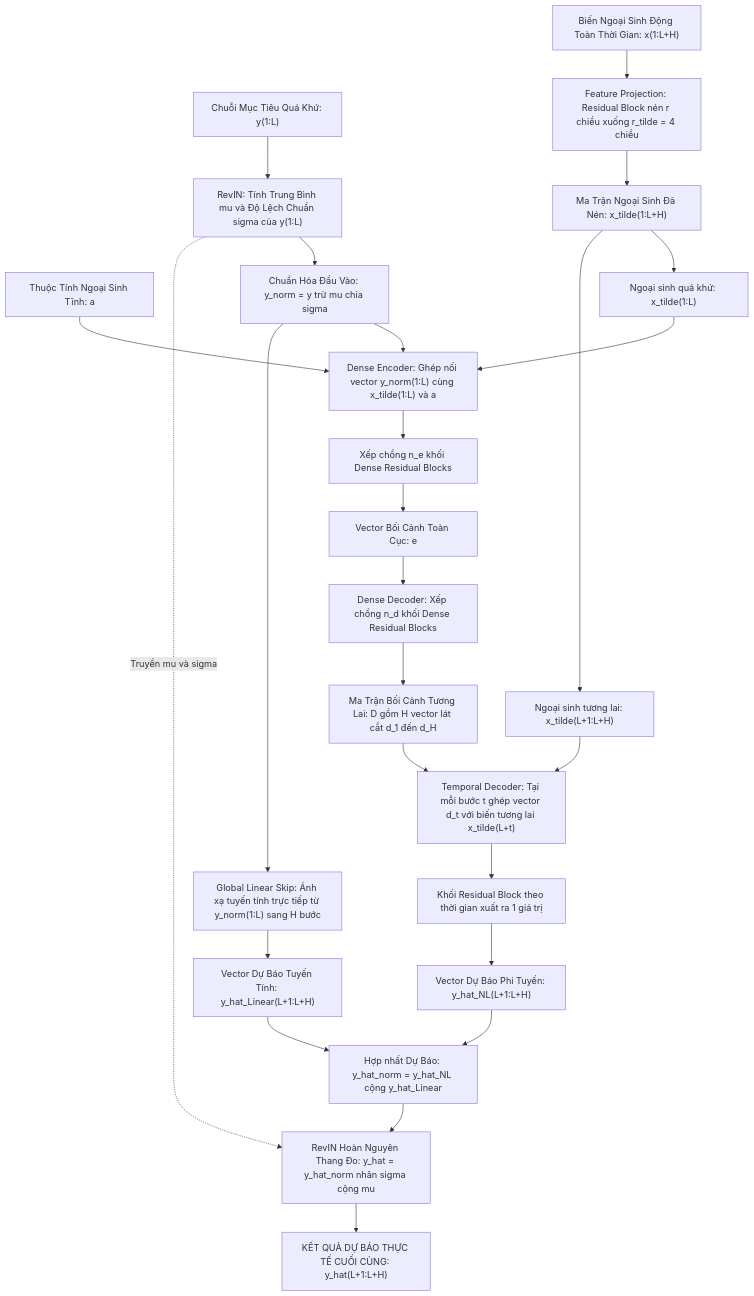
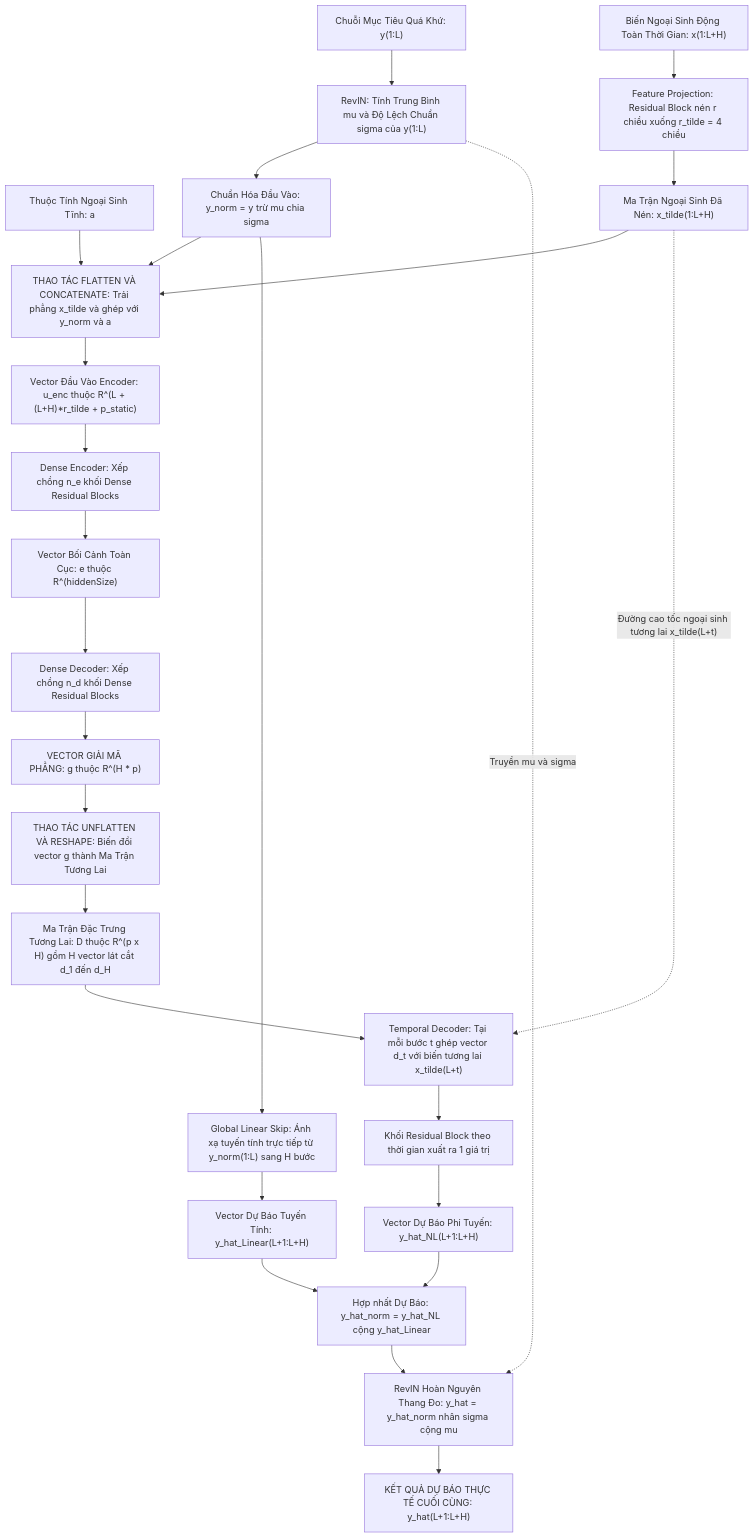
The diagram in tasks-Hieu/sprint-1/report_sprint_1.md (snowflake-vibing/Project-Experimental-TiDE), drawn with Mermaid before and after one commit. The commit also changed other lines of this file, not shown here.

Commit message:
docs(sprint-1): clarify vector g, flatten and unflatten in report_sprint_1.md

````diff
--- a/tasks-Hieu/sprint-1/report_sprint_1.md
+++ b/tasks-Hieu/sprint-1/report_sprint_1.md
@@ -25,58 +32,72 @@
 ```mermaid
 flowchart TD
+    %% ================= KHỐI NGUỒN ĐẦU VÀO =================
     Y_raw["Chuỗi Mục Tiêu Quá Khứ: y(1:L)"]
     X_all["Biến Ngoại Sinh Động Toàn Thời Gian: x(1:L+H)"]
     A_static["Thuộc Tính Ngoại Sinh Tĩnh: a"]
 
+    %% ================= REVIN CHUẨN HÓA ĐẦU VÀO =================
     Stats["RevIN: Tính Trung Bình mu và Độ Lệch Chuẩn sigma của y(1:L)"]
     Y_norm["Chuẩn Hóa Đầu Vào: y_norm = y trừ mu chia sigma"]
     Y_raw --> Stats
     Stats --> Y_norm
 
+    %% ================= FEATURE PROJECTION NÉN NGOẠI SINH =================
     Proj_RB["Feature Projection: Residual Block nén r chiều xuống r_tilde = 4 chiều"]
     X_tilde["Ma Trận Ngoại Sinh Đã Nén: x_tilde(1:L+H)"]
     X_all --> Proj_RB
     Proj_RB --> X_tilde
 
-    X_tilde --> X_past["Ngoại sinh quá khứ: x_tilde(1:L)"]
-    X_tilde --> X_future["Ngoại sinh tương lai: x_tilde(L+1:L+H)"]
+    %% ================= PHÉP TOÁN FLATTEN & GHÉP NỐI ĐẦU VÀO ENCODER =================
+    Flatten_Op["THAO TÁC FLATTEN VÀ CONCATENATE: Trải phẳng x_tilde và ghép với y_norm và a"]
+    U_enc["Vector Đầu Vào Encoder: u_enc thuộc R^(L + (L+H)*r_tilde + p_static)"]
+    Y_norm --> Flatten_Op
+    X_tilde --> Flatten_Op
+    A_static --> Flatten_Op
+    Flatten_Op --> U_enc
 
-    Flat_Past["Dense Encoder: Ghép nối vector y_norm(1:L) cùng x_tilde(1:L) và a"]
-    Enc_Blocks["Xếp chồng n_e khối Dense Residual Blocks"]
-    Context_e["Vector Bối Cảnh Toàn Cục: e"]
-    
-    Y_norm --> Flat_Past
-    X_past --> Flat_Past
-    A_static --> Flat_Past
-    Flat_Past --> Enc_Blocks
+    %% ================= DENSE ENCODER =================
+    Enc_Blocks["Dense Encoder: Xếp chồng n_e khối Dense Residual Blocks"]
+    Context_e["Vector Bối Cảnh Toàn Cục: e thuộc R^(hiddenSize)"]
+    U_enc --> Enc_Blocks
     Enc_Blocks --> Context_e
 
+    %% ================= DENSE DECODER & VECTOR g =================
     Dec_Blocks["Dense Decoder: Xếp chồng n_d khối Dense Residual Blocks"]
-    Dec_Matrix["Ma Trận Bối Cảnh Tương Lai: D gồm H vector lát cắt d_1 đến d_H"]
+    Vector_g["VECTOR GIẢI MÃ PHẲNG: g thuộc R^(H * p)"]
     Context_e --> Dec_Blocks
-    Dec_Blocks --> Dec_Matrix
+    Dec_Blocks --> Vector_g
 
+    %% ================= THAO TÁC UNFLATTEN / RESHAPE =================
+    Unflatten_Op["THAO TÁC UNFLATTEN VÀ RESHAPE: Biến đổi vector g thành Ma Trận Tương Lai"]
+    Matrix_D["Ma Trận Đặc Trưng Tương Lai: D thuộc R^(p x H) gồm H vector lát cắt d_1 đến d_H"]
+    Vector_g --> Unflatten_Op
+    Unflatten_Op --> Matrix_D
+
+    %% ================= TEMPORAL DECODER (COVARIATE HIGHWAY) =================
     Step_t["Temporal Decoder: Tại mỗi bước t ghép vector d_t với biến tương lai x_tilde(L+t)"]
     TempDec_RB["Khối Residual Block theo thời gian xuất ra 1 giá trị"]
     Y_hat_NL["Vector Dự Báo Phi Tuyến: y_hat_NL(L+1:L+H)"]
-    
-    Dec_Matrix --> Step_t
-    X_future --> Step_t
+    Matrix_D --> Step_t
+    X_tilde -. "Đường cao tốc ngoại sinh tương lai x_tilde(L+t)" .-> Step_t
     Step_t --> TempDec_RB
     TempDec_RB --> Y_hat_NL
 
+    %% ================= GLOBAL LINEAR SKIP =================
     LinearSkip["Global Linear Skip: Ánh xạ tuyến tính trực tiếp từ y_norm(1:L) sang H bước"]
     Y_hat_Linear["Vector Dự Báo Tuyến Tính: y_hat_Linear(L+1:L+H)"]
     Y_norm --> LinearSkip
     LinearSkip --> Y_hat_Linear
 
+    %% ================= PHÉP CỘNG HỢP NHẤT DỰ BÁO =================
     Add_Pred["Hợp nhất Dự Báo: y_hat_norm = y_hat_NL cộng y_hat_Linear"]
     Y_hat_NL --> Add_Pred
     Y_hat_Linear --> Add_Pred
 
+    %% ================= REVIN HOÀN NGUYÊN THANG ĐO =================
     Denorm["RevIN Hoàn Nguyên Thang Đo: y_hat = y_hat_norm nhân sigma cộng mu"]
     Final_Output["KẾT QUẢ DỰ BÁO THỰC TẾ CUỐI CÙNG: y_hat(L+1:L+H)"]
     Add_Pred --> Denorm
     Stats -. "Truyền mu và sigma" .-> Denorm
     Denorm --> Final_Output
 ```
````
